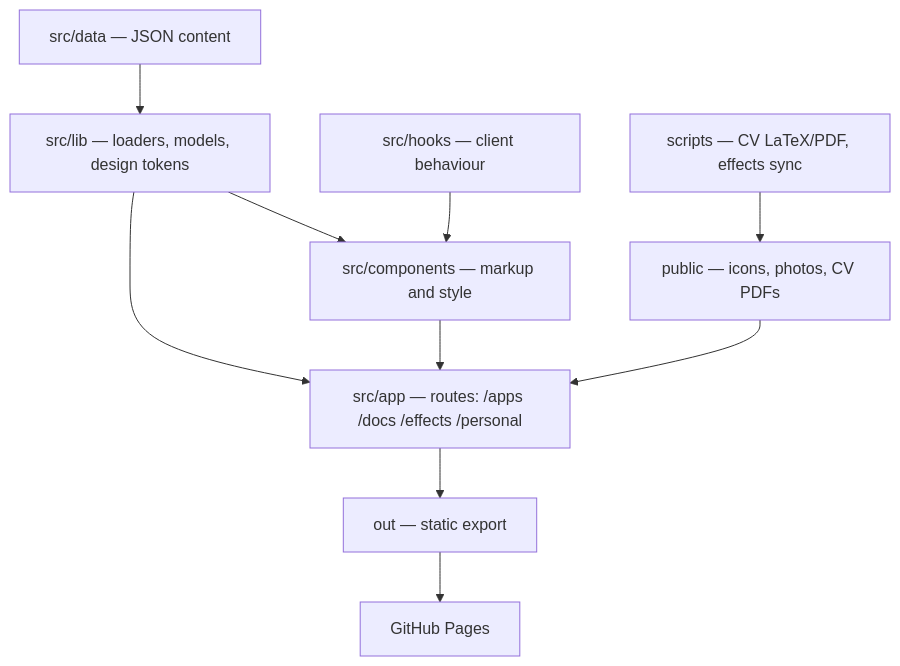
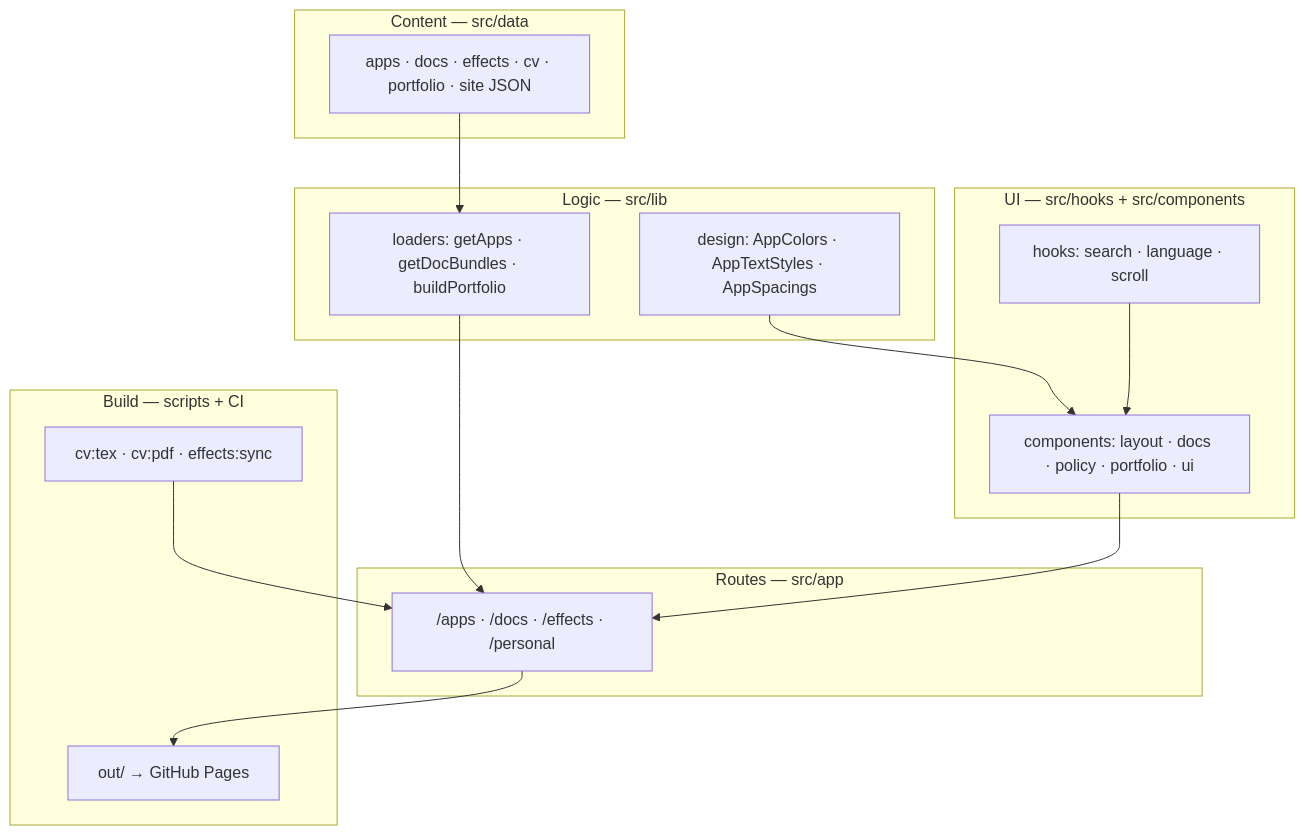
The diagram in README.md (DAMHONGDUC/personal-work-space), drawn with Mermaid before and after one commit. The commit also changed other lines of this file, not shown here.

Commit message:
docs: align the README with the updated docs template
App IDs becomes the three-row ID table (none apply to a web project), the tech stack keeps only framework, language, state management, backend, local DB and special libraries, and the architecture section states the pattern and that nothing is encrypted, with a diagram split into content, logic, UI, routes and build layers.

````diff
--- a/README.md
+++ b/README.md
@@ -38,11 +41,27 @@
 ```mermaid
 flowchart TD
-  Data["src/data — JSON content"] --> Lib["src/lib — loaders, models, design tokens"]
-  Lib --> Comp["src/components — markup and style"]
-  Hooks["src/hooks — client behaviour"] --> Comp
-  Comp --> App["src/app — routes: /apps /docs /effects /personal"]
-  Lib --> App
-  Scripts["scripts — CV LaTeX/PDF, effects sync"] --> Public["public — icons, photos, CV PDFs"]
-  Public --> App
-  App --> Out["out — static export"] --> Pages["GitHub Pages"]
+  subgraph Content["Content — src/data"]
+    JSON["apps · docs · effects · cv · portfolio · site JSON"]
+  end
+  subgraph Lib["Logic — src/lib"]
+    Loaders["loaders: getApps · getDocBundles · buildPortfolio"]
+    Tokens["design: AppColors · AppTextStyles · AppSpacings"]
+  end
+  subgraph UI["UI — src/hooks + src/components"]
+    Hooks["hooks: search · language · scroll"]
+    Components["components: layout · docs · policy · portfolio · ui"]
+  end
+  subgraph Routes["Routes — src/app"]
+    Pages["/apps · /docs · /effects · /personal"]
+  end
+  subgraph Build["Build — scripts + CI"]
+    Scripts["cv:tex · cv:pdf · effects:sync"]
+    Out["out/ → GitHub Pages"]
+  end
+
+  JSON --> Loaders --> Pages
+  Tokens --> Components
+  Hooks --> Components --> Pages
+  Scripts --> Pages
+  Pages --> Out
 ```
````
